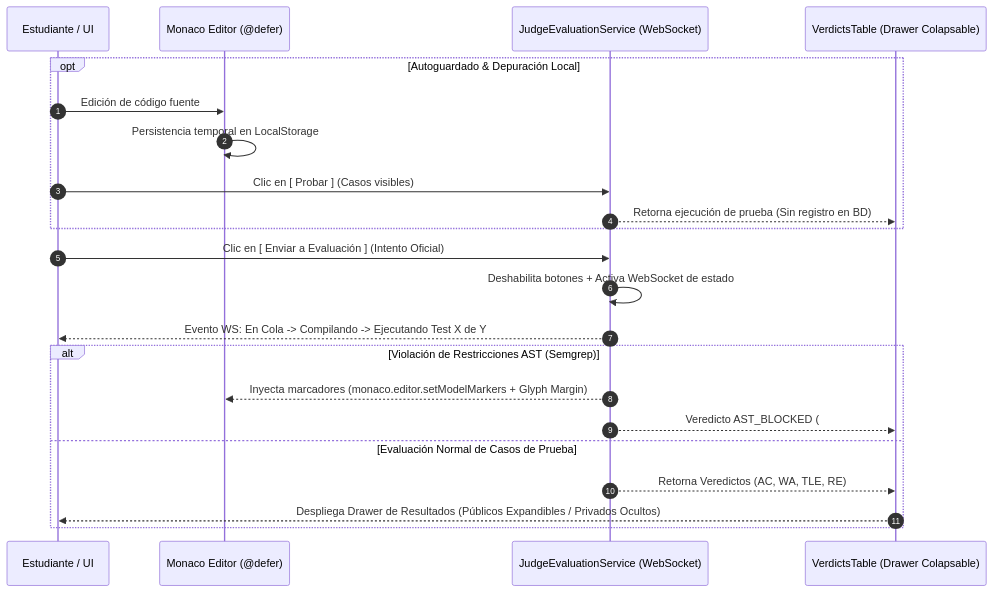
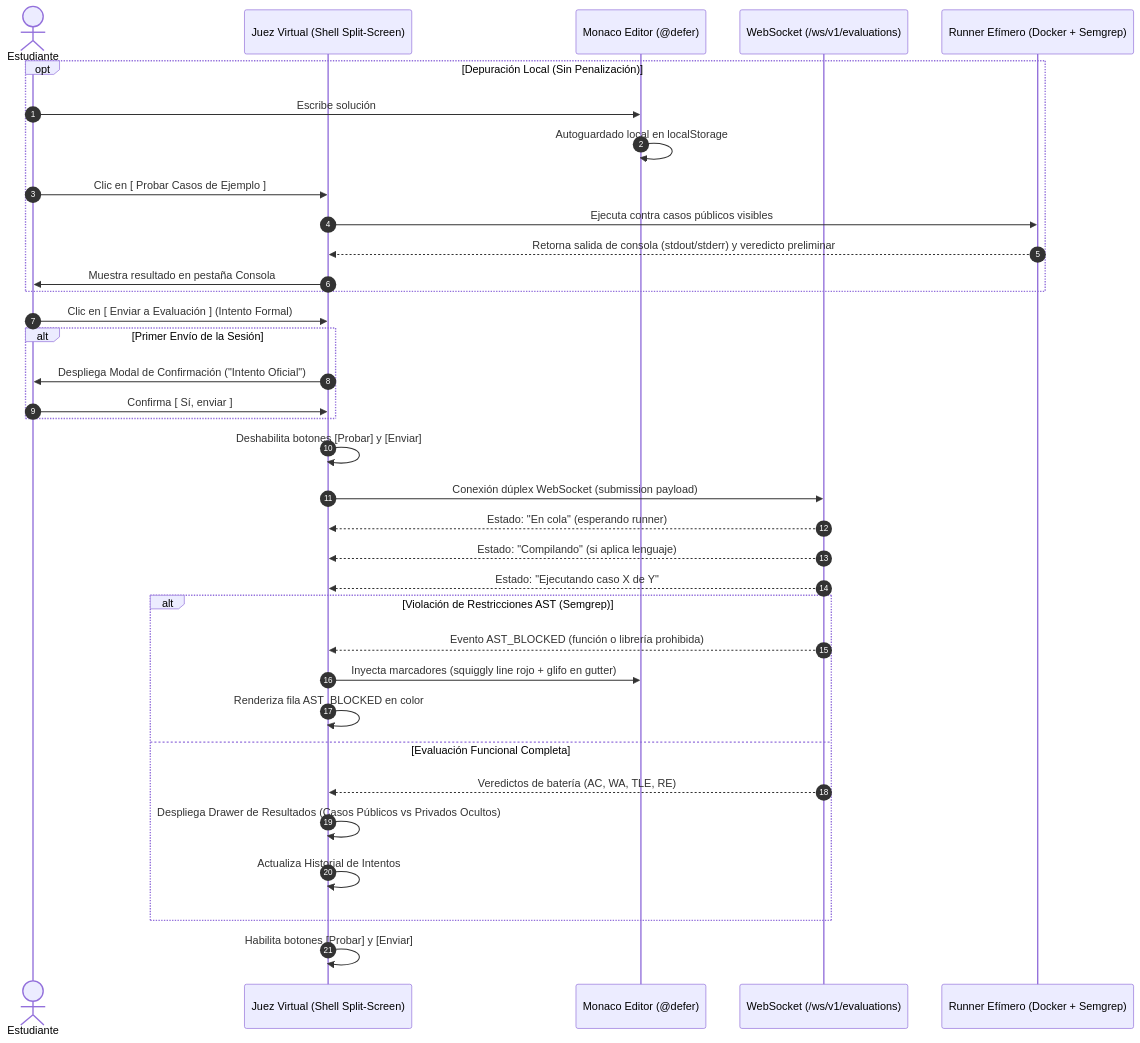
Before and after one commit to AlvaroRiveraCarhuani/SOLV_PG: the first of 2 diagrams in docs/UI/ESTUDIANTE/JUEZ_VIRTUAL.md, drawn with Mermaid. The commit also changed other lines of this file and 23 other files, not shown here.

````diff
--- a/docs/UI/ESTUDIANTE/JUEZ_VIRTUAL.md
+++ b/docs/UI/ESTUDIANTE/JUEZ_VIRTUAL.md
@@ -11,27 +22,42 @@
 ```mermaid
 sequenceDiagram
     autonumber
-    participant E as Estudiante / UI
+    actor Estudiante
+    participant UI as Juez Virtual (Shell Split-Screen)
     participant M as Monaco Editor (@defer)
-    participant S as JudgeEvaluationService (WebSocket)
-    participant V as VerdictsTable (Drawer Colapsable)
+    participant WS as WebSocket (/ws/v1/evaluations)
+    participant B as Runner Efímero (Docker + Semgrep)
 
-    opt Autoguardado & Depuración Local
-        E->>M: Edición de código fuente
-        M->>M: Persistencia temporal en LocalStorage
-        E->>S: Clic en [ Probar ] (Casos visibles)
-        S-->>V: Retorna ejecución de prueba (Sin registro en BD)
+    opt Depuración Local (Sin Penalización)
+        Estudiante->>M: Escribe solución
+        M->>M: Autoguardado local en localStorage
+        Estudiante->>UI: Clic en [ Probar Casos de Ejemplo ]
+        UI->>B: Ejecuta contra casos públicos visibles
+        B-->>UI: Retorna salida de consola (stdout/stderr) y veredicto preliminar
+        UI->>Estudiante: Muestra resultado en pestaña Consola
     end
 
-    E->>S: Clic en [ Enviar a Evaluación ] (Intento Oficial)
-    S->>S: Deshabilita botones + Activa WebSocket de estado
-    S-->>E: Evento WS: En Cola -> Compilando -> Ejecutando Test X de Y
+    Estudiante->>UI: Clic en [ Enviar a Evaluación ] (Intento Formal)
+    alt Primer Envío de la Sesión
+        UI->>Estudiante: Despliega Modal de Confirmación ("Intento Oficial")
+        Estudiante->>UI: Confirma [ Sí, enviar ]
+    end
+
+    UI->>UI: Deshabilita botones [Probar] y [Enviar]
+    UI->>WS: Conexión dúplex WebSocket (submission payload)
     
+    WS-->>UI: Estado: "En cola" (esperando runner)
+    WS-->>UI: Estado: "Compilando" (si aplica lenguaje)
+    WS-->>UI: Estado: "Ejecutando caso X de Y"
+
     alt Violación de Restricciones AST (Semgrep)
-        S-->>M: Inyecta marcadores (monaco.editor.setModelMarkers + Glyph Margin)
-        S-->>V: Veredicto AST_BLOCKED (#900C3F - Rojo Intenso)
-    else Evaluación Normal de Casos de Prueba
-        S-->>V: Retorna Veredictos (AC, WA, TLE, RE)
-        V-->>E: Despliega Drawer de Resultados (Públicos Expandibles / Privados Ocultos)
+        WS-->>UI: Evento AST_BLOCKED (función o librería prohibida)
+        UI->>M: Inyecta marcadores (squiggly line rojo + glifo en gutter)
+        UI->>UI: Renderiza fila AST_BLOCKED en color #900C3F
+    else Evaluación Funcional Completa
+        WS-->>UI: Veredictos de batería (AC, WA, TLE, RE)
+        UI->>UI: Despliega Drawer de Resultados (Casos Públicos vs Privados Ocultos)
+        UI->>UI: Actualiza Historial de Intentos
     end
+    UI->>UI: Habilita botones [Probar] y [Enviar]
 ```
````
